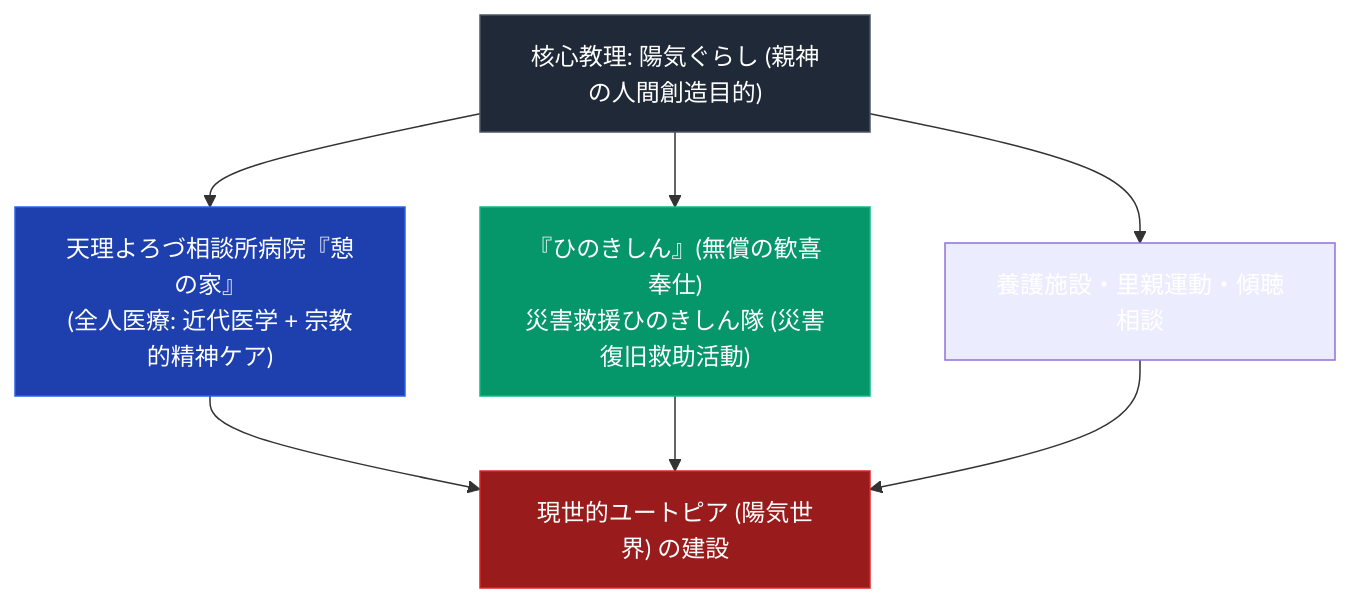
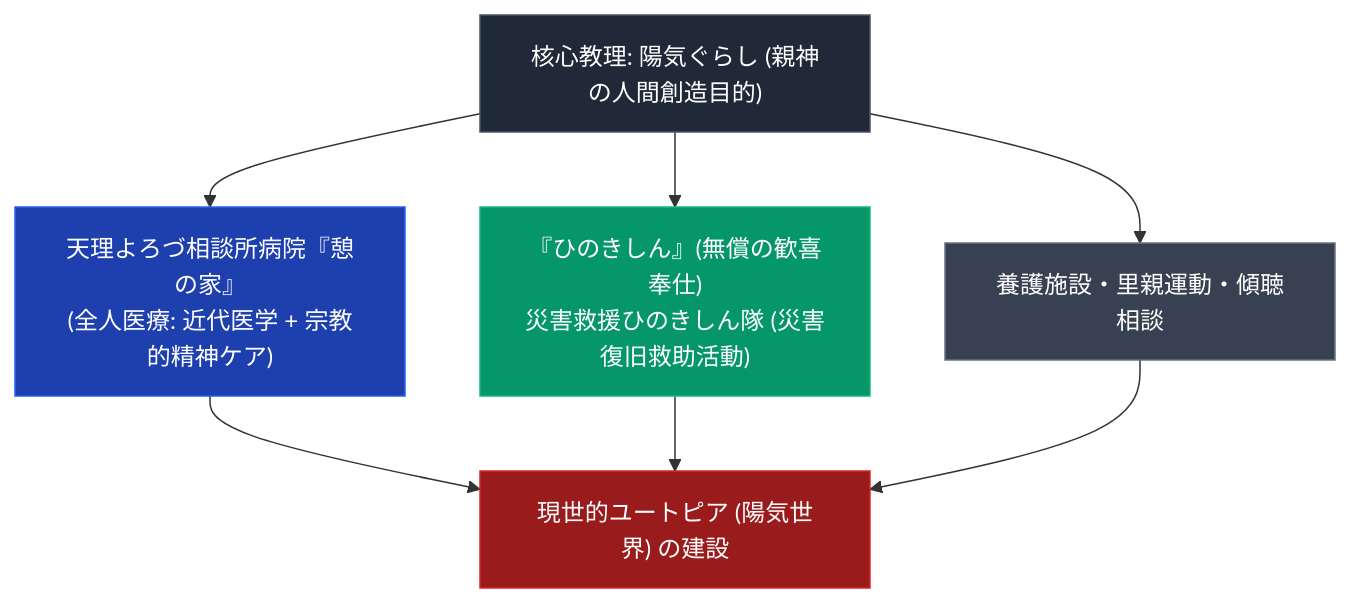
One commit to iida-masashi/religion-garden changed the diagram in content/01_宗派・異端研究/10_概念・原典・事件・拠点/陽気ぐらしと天理教の社会福祉・医療.md. Above: the diagram before and after it, drawn with Mermaid. The commit also changed 8 other files, not shown here.

````diff
--- a/content/01_宗派・異端研究/10_概念・原典・事件・拠点/陽気ぐらしと天理教の社会福祉・医療.md
+++ b/content/01_宗派・異端研究/10_概念・原典・事件・拠点/陽気ぐらしと天理教の社会福祉・医療.md
@@ -22,13 +22,14 @@
 ```mermaid
 graph TD
 A["<div style='color:#ffffff;'>核心教理: 陽気ぐらし (親神の人間創造目的)</div>"] --> B1["<div style='color:#ffffff;'>天理よろづ相談所病院『憩の家』<br>(全人医療: 近代医学 + 宗教的精神ケア)</div>"]
 A --> B2["<div style='color:#ffffff;'>『ひのきしん』(無償の歓喜奉仕)<br>災害救援ひのきしん隊 (災害復旧救助活動)</div>"]
-A --> B3["<div style='color:#ffffff;'>養護施設・里親運動・傾聴相談"]
+A --> B3["<div style='color:#ffffff;'>養護施設・里親運動・傾聴相談</div>"]
 
 B1 & B2 & B3 --> C["<div style='color:#ffffff;'>現世的ユートピア (陽気世界) の建設</div>"]
 
 style A fill:#1f2937,stroke:#4b5563,color:#fff
 style B1 fill:#1e40af,stroke:#2563eb,color:#fff
 style B2 fill:#059669,stroke:#10b981,color:#fff
+style B3 fill:#374151,stroke:#6b7280,color:#fff
 style C fill:#991b1b,stroke:#dc2626,color:#fff
 ```
````
